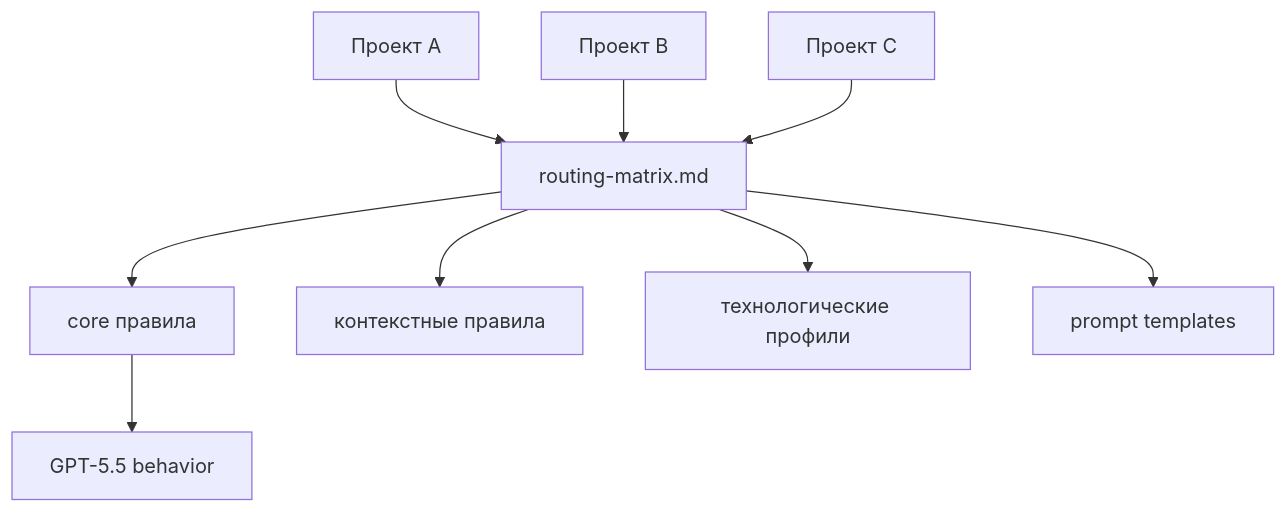
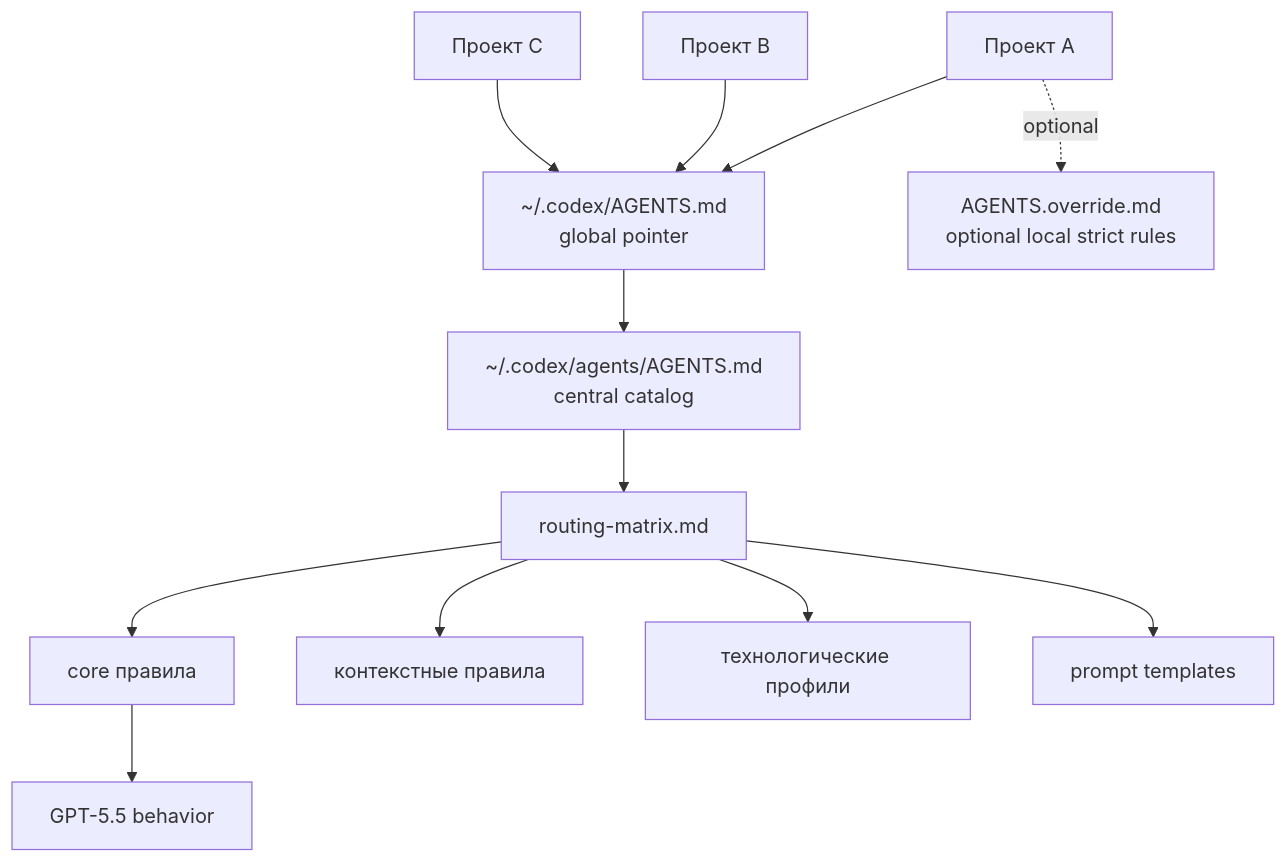
One commit to Kibnet/Agents.md changed the diagram in README.md. Above: the diagram before and after it, drawn with Mermaid. The commit also changed other lines of this file, not shown here.

Commit message:
docs(readme): document Codex global pointer setup

````diff
--- a/README.md
+++ b/README.md
@@ -49,25 +55,34 @@
 ```mermaid
 flowchart TD
+
+CodexHome[~/.codex/AGENTS.md<br/>global pointer]
+Central[~/.codex/agents/AGENTS.md<br/>central catalog]
 
 RepoA[Проект A]
 RepoB[Проект B]
 RepoC[Проект C]
+Override[AGENTS.override.md<br/>optional local strict rules]
 
 Router[routing-matrix.md]
 
 Core[core правила]
 Model[GPT-5.5 behavior]
 Contexts[контекстные правила]
 Profiles[технологические профили]
 Prompts[prompt templates]
 
-RepoA --> Router
-RepoB --> Router
-RepoC --> Router
+CodexHome --> Central
+
+RepoA --> CodexHome
+RepoB --> CodexHome
+RepoC --> CodexHome
+RepoA -. optional .-> Override
+
+Central --> Router
 
 Router --> Core
 Core --> Model
 Router --> Contexts
 Router --> Profiles
 Router --> Prompts
 ```
````
